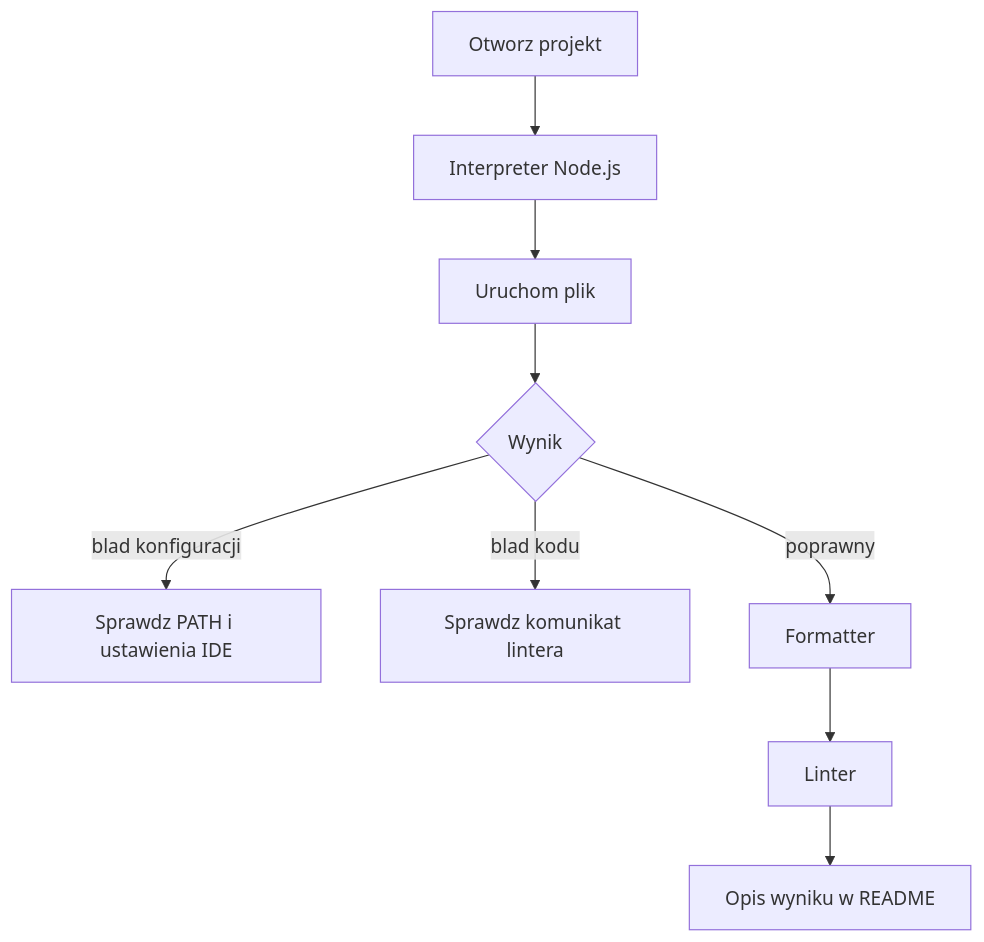
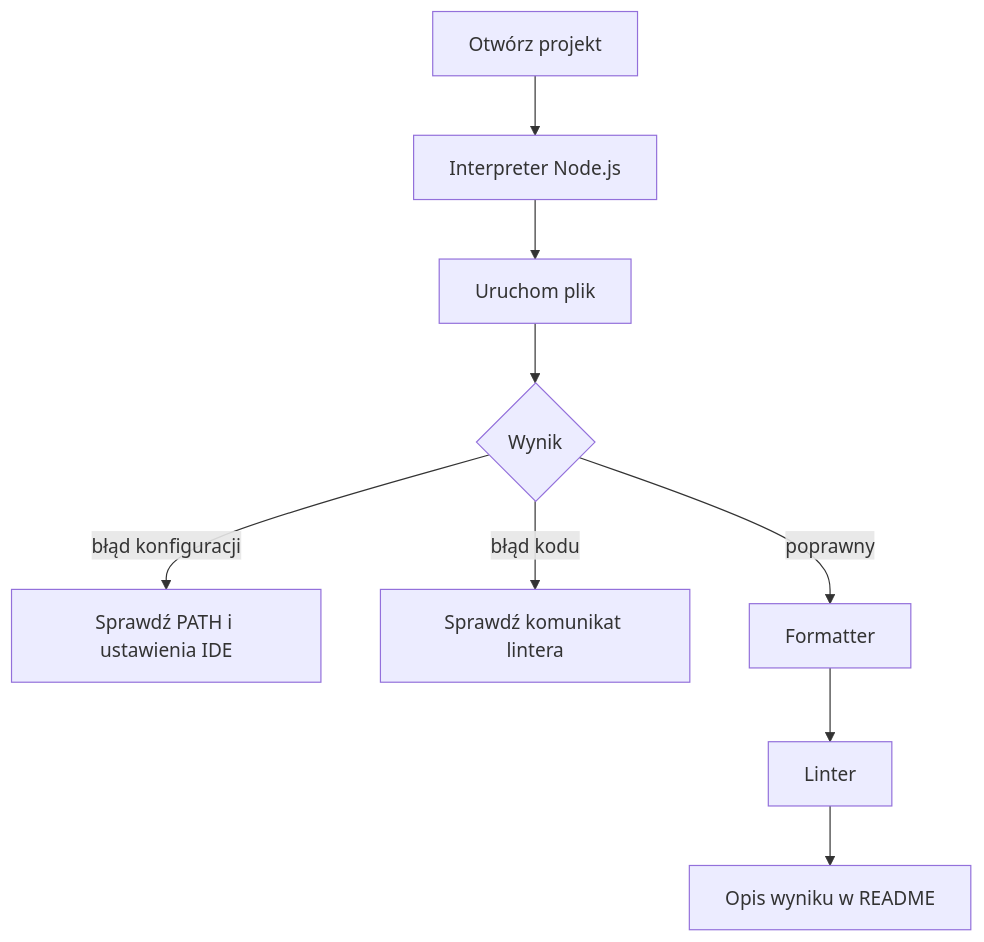
The diagram in src/01-organizacja/03-ide-i-konfiguracja/diagramy/uruchomienie-ide.mmd (tborzyszkowski/warsztat-programisty-pjatk), drawn with Mermaid before and after one commit. The commit also changed 10 other files, not shown here.

Commit message:
Fix typos and improve language consistency in documentation and code comments across multiple files; update diagrams for clarity and correctness.

```diff
--- a/src/01-organizacja/03-ide-i-konfiguracja/diagramy/uruchomienie-ide.mmd
+++ b/src/01-organizacja/03-ide-i-konfiguracja/diagramy/uruchomienie-ide.mmd
@@ -1,9 +1,9 @@
 flowchart TD
-    A[Otworz projekt] --> B[Interpreter Node.js]
+    A[Otwórz projekt] --> B[Interpreter Node.js]
     B --> C[Uruchom plik]
     C --> D{Wynik}
-    D -- blad konfiguracji --> E[Sprawdz PATH i ustawienia IDE]
-    D -- blad kodu --> F[Sprawdz komunikat lintera]
+    D -- błąd konfiguracji --> E[Sprawdź PATH i ustawienia IDE]
+    D -- błąd kodu --> F[Sprawdź komunikat lintera]
     D -- poprawny --> G[Formatter]
     G --> H[Linter]
     H --> I[Opis wyniku w README]
```
